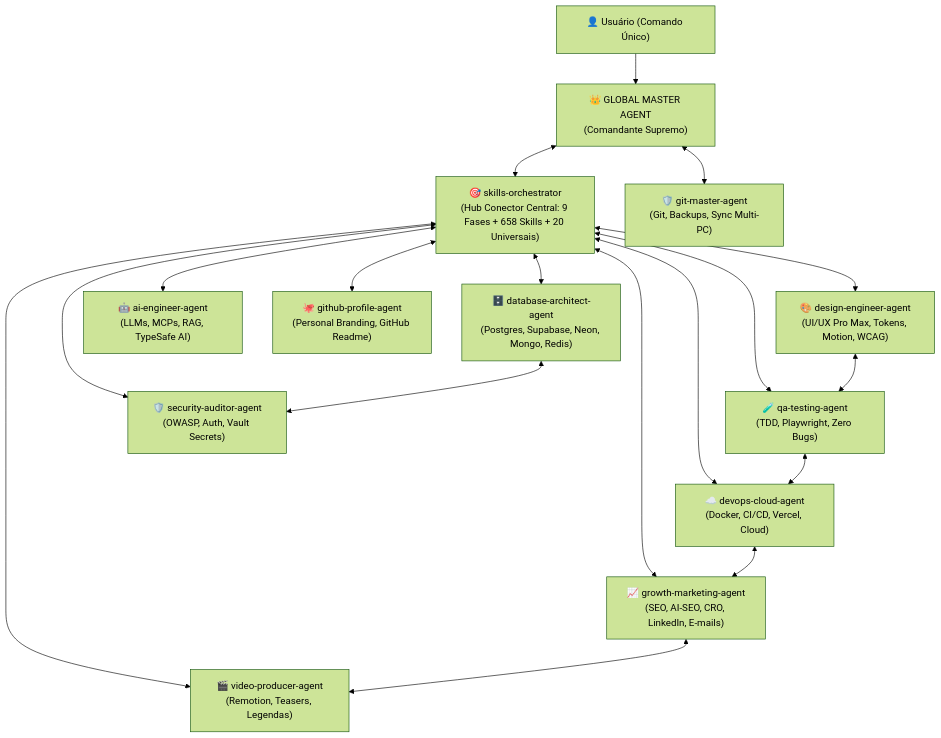
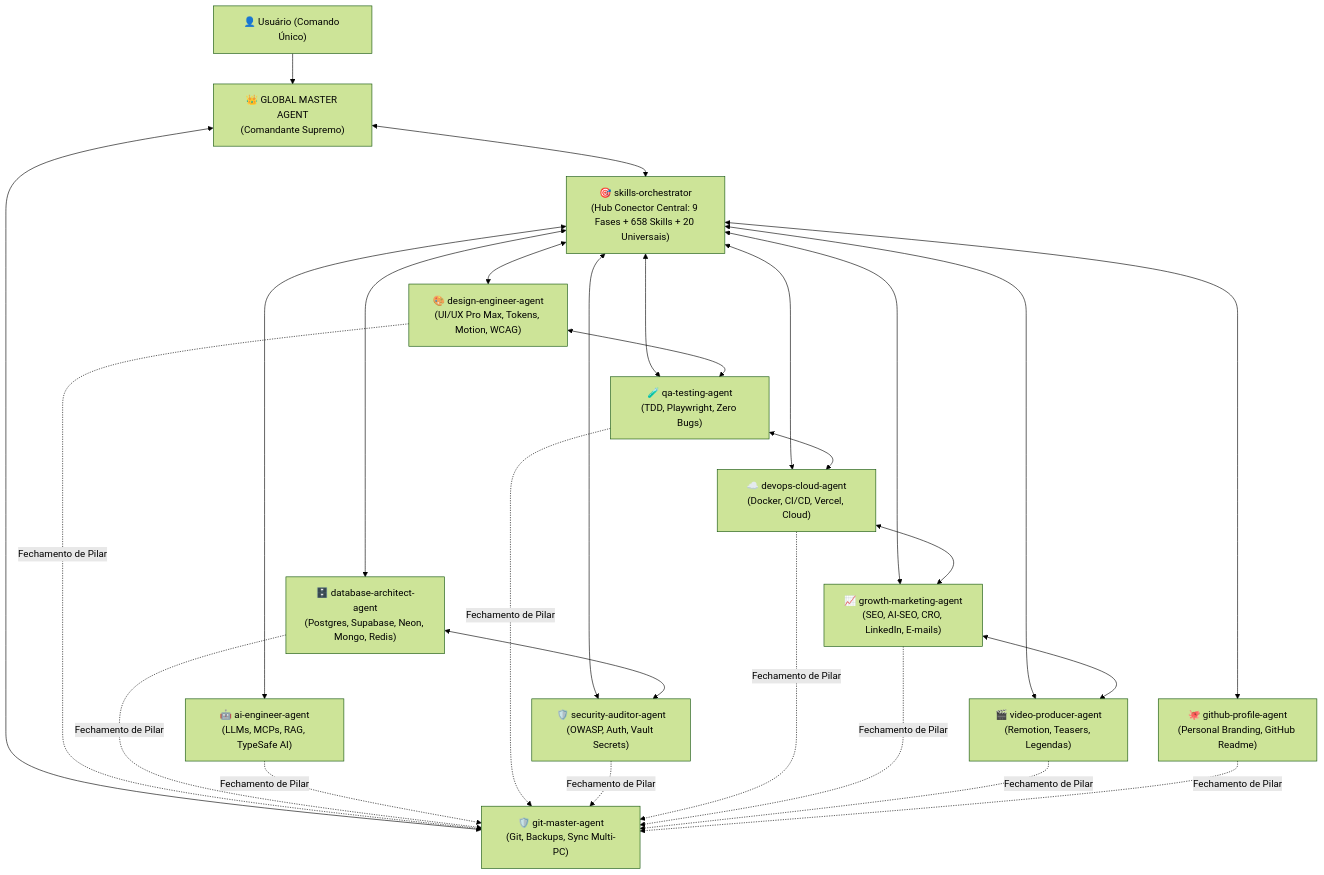
The diagram in custom-agents/global-master-agent/SKILL.md (Henrique1601/SkiilsToIAs), drawn with Mermaid (forest theme) before and after one commit. The commit also changed other lines of this file and 25 other files, not shown here.

Commit message:
feat(architecture): enforce hybrid skill dispatching, ADR-001, and git-master-agent as mandatory final gate

````diff
--- a/custom-agents/global-master-agent/SKILL.md
+++ b/custom-agents/global-master-agent/SKILL.md
@@ -66,23 +66,34 @@
 ```mermaid
 flowchart TD
     User["👤 Usuário (Comando Único)"] --> GMA["👑 GLOBAL MASTER AGENT<br/>(Comandante Supremo)"]
     
     GMA <--> ORCH["🎯 skills-orchestrator<br/>(Hub Conector Central: 9 Fases + 658 Skills + 20 Universais)"]
     GMA <--> GIT["🛡️ git-master-agent<br/>(Git, Backups, Sync Multi-PC)"]
 
     ORCH <--> UI["🎨 design-engineer-agent<br/>(UI/UX Pro Max, Tokens, Motion, WCAG)"]
     ORCH <--> DB["🗄️ database-architect-agent<br/>(Postgres, Supabase, Neon, Mongo, Redis)"]
     ORCH <--> AI["🤖 ai-engineer-agent<br/>(LLMs, MCPs, RAG, TypeSafe AI)"]
     ORCH <--> QA["🧪 qa-testing-agent<br/>(TDD, Playwright, Zero Bugs)"]
     ORCH <--> SEC["🛡️ security-auditor-agent<br/>(OWASP, Auth, Vault Secrets)"]
     ORCH <--> CLOUD["☁️ devops-cloud-agent<br/>(Docker, CI/CD, Vercel, Cloud)"]
     ORCH <--> GROWTH["📈 growth-marketing-agent<br/>(SEO, AI-SEO, CRO, LinkedIn, E-mails)"]
     ORCH <--> VIDEO["🎬 video-producer-agent<br/>(Remotion, Teasers, Legendas)"]
     ORCH <--> PROFILE["🐙 github-profile-agent<br/>(Personal Branding, GitHub Readme)"]
 
     DB <--> SEC
     UI <--> QA
     QA <--> CLOUD
     CLOUD <--> GROWTH
     GROWTH <--> VIDEO
+
+    %% Portão Obrigatório Final
+    UI -.->|Fechamento de Pilar| GIT
+    DB -.->|Fechamento de Pilar| GIT
+    AI -.->|Fechamento de Pilar| GIT
+    QA -.->|Fechamento de Pilar| GIT
+    SEC -.->|Fechamento de Pilar| GIT
+    CLOUD -.->|Fechamento de Pilar| GIT
+    GROWTH -.->|Fechamento de Pilar| GIT
+    VIDEO -.->|Fechamento de Pilar| GIT
+    PROFILE -.->|Fechamento de Pilar| GIT
 ```
````
